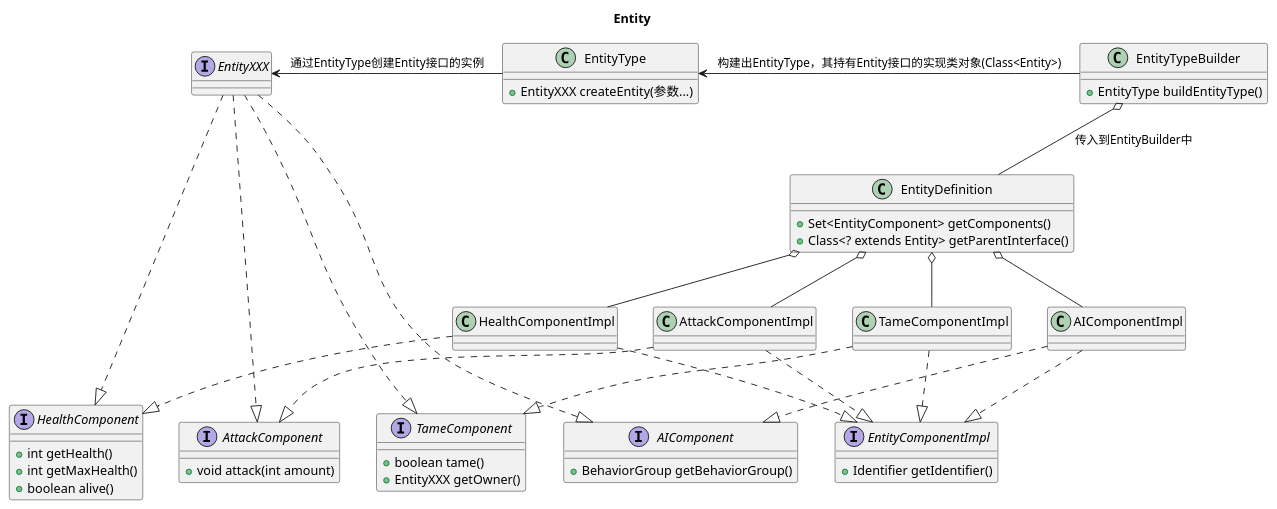
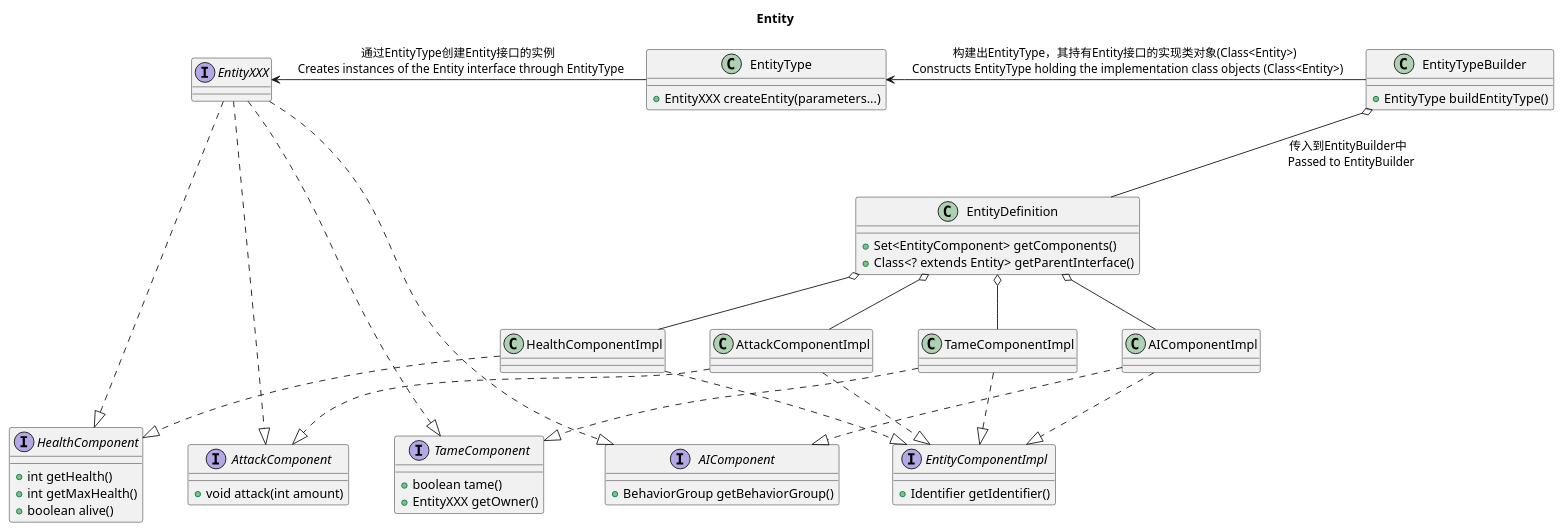
One commit to AllayMC/Allay changed the diagram in Documents/Architectures/Entity.puml. Above: the diagram before and after it, drawn with PlantUML. The commit also changed 1 other file, not shown here.

```diff
--- a/Documents/Architectures/Entity.puml
+++ b/Documents/Architectures/Entity.puml
@@ -1,56 +1,56 @@
 @startuml
 Title "Entity"
 interface EntityComponentImpl {
 + Identifier getIdentifier()
 }
 interface HealthComponent {
 + int getHealth()
 + int getMaxHealth()
 + boolean alive()
 }
 interface AttackComponent {
 + void attack(int amount)
 }
 interface TameComponent {
 + boolean tame()
 + EntityXXX getOwner()
 }
 interface AIComponent {
 + BehaviorGroup getBehaviorGroup()
 }
 class HealthComponentImpl
 class AttackComponentImpl
 class TameComponentImpl
 class AIComponentImpl
 HealthComponentImpl ..|> HealthComponent
 HealthComponentImpl ..|> EntityComponentImpl
 AttackComponentImpl ..|> AttackComponent
 AttackComponentImpl ..|> EntityComponentImpl
 TameComponentImpl ..|> TameComponent
 TameComponentImpl ..|> EntityComponentImpl
 AIComponentImpl ..|> AIComponent
 AIComponentImpl ..|> EntityComponentImpl
 class EntityDefinition {
 + Set<EntityComponent> getComponents()
 + Class<? extends Entity> getParentInterface()
 }
 class EntityTypeBuilder {
 + EntityType buildEntityType()
 }
 interface EntityXXX
 EntityXXX ..|> HealthComponent
 EntityXXX ..|> AttackComponent
 EntityXXX ..|> TameComponent
 EntityXXX ..|> AIComponent
 class EntityType {
-+ EntityXXX createEntity(参数...)
++ EntityXXX createEntity(parameters...)
 }
 
 EntityDefinition o-- HealthComponentImpl
 EntityDefinition o-- AttackComponentImpl
 EntityDefinition o-- TameComponentImpl
 EntityDefinition o-- AIComponentImpl
-EntityTypeBuilder o-- EntityDefinition : 传入到EntityBuilder中
-EntityType <- EntityTypeBuilder : 构建出EntityType，其持有Entity接口的实现类对象(Class<Entity>)
-EntityXXX <- EntityType : 通过EntityType创建Entity接口的实例
+EntityTypeBuilder o-- EntityDefinition : 传入到EntityBuilder中 \n Passed to EntityBuilder
+EntityType <- EntityTypeBuilder : 构建出EntityType，其持有Entity接口的实现类对象(Class<Entity>) \n Constructs EntityType holding the implementation class objects (Class<Entity>)
+EntityXXX <- EntityType : 通过EntityType创建Entity接口的实例 \n Creates instances of the Entity interface through EntityType
 @enduml
```
